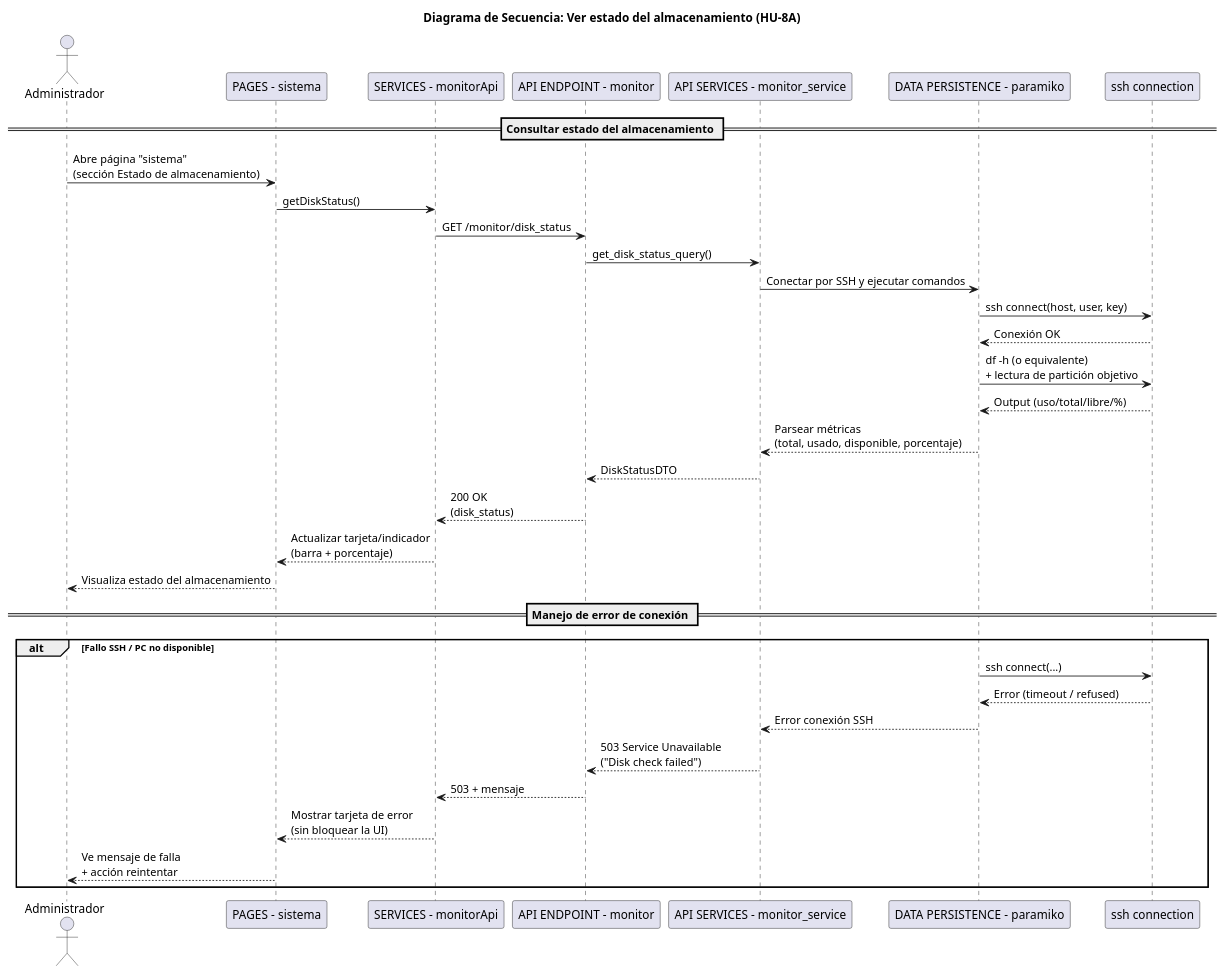
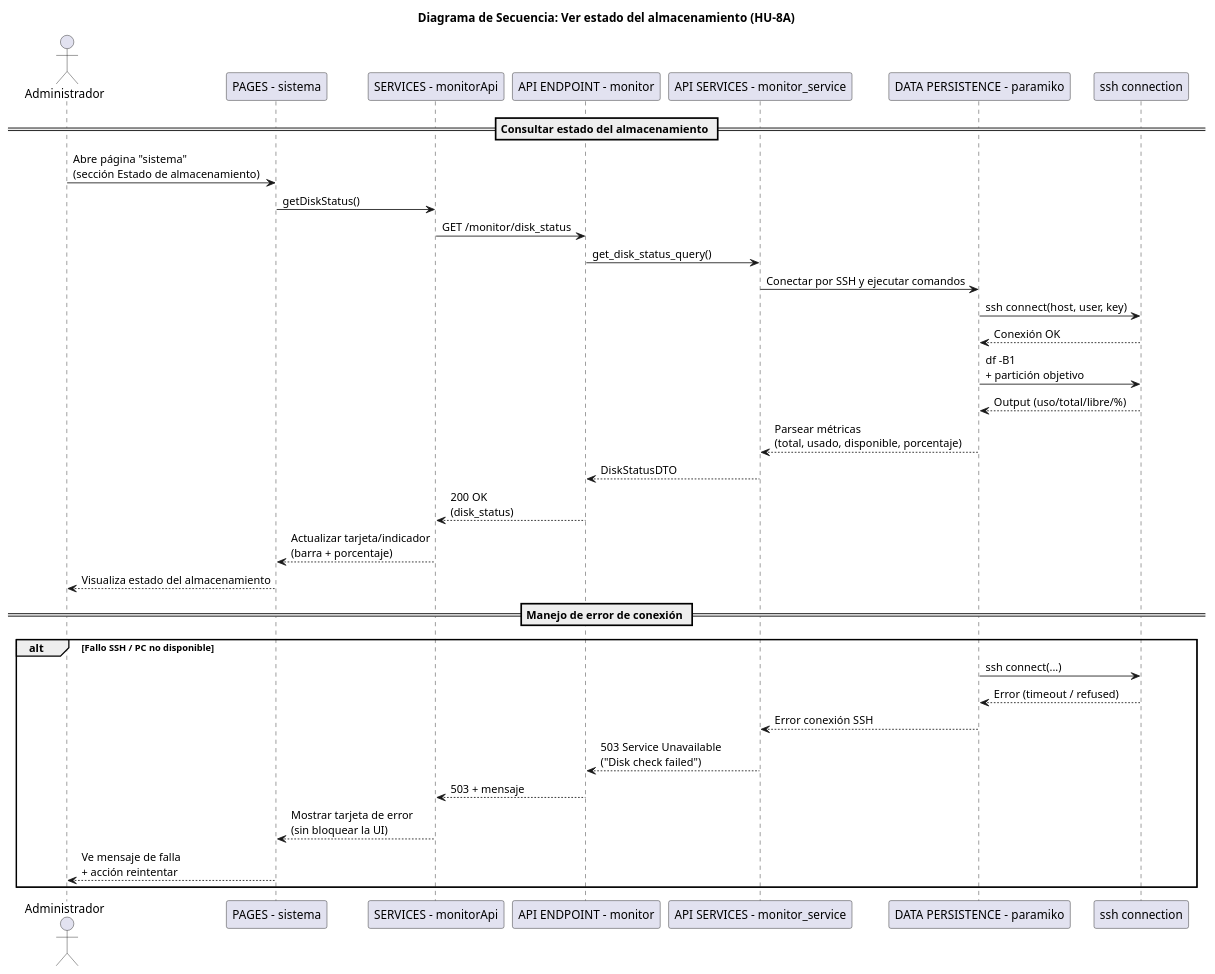
The diagram in docs/diagrama_secuencia/sprint3/HU-8A.wsd (Niik4466/SolarWeb), drawn with PlantUML before and after one commit. The commit also changed 5 other files, not shown here.

Commit message:
Revisados diagramas de secuencia

```diff
--- a/docs/diagrama_secuencia/sprint3/HU-8A.wsd
+++ b/docs/diagrama_secuencia/sprint3/HU-8A.wsd
@@ -1,44 +1,44 @@
 @startuml
 title Diagrama de Secuencia: Ver estado del almacenamiento (HU-8A)
 
 actor Administrador
 
 participant UI as "PAGES - sistema"
 participant FE_Service as "SERVICES - monitorApi"
 participant ENDPOINT as "API ENDPOINT - monitor"
 participant SERVICES as "API SERVICES - monitor_service"
 participant SSH as "DATA PERSISTENCE - paramiko"
 participant PC as "ssh connection"
 
 == Consultar estado del almacenamiento ==
 Administrador -> UI : Abre página "sistema"\n(sección Estado de almacenamiento)
 UI -> FE_Service : getDiskStatus()
 
 FE_Service -> ENDPOINT : GET /monitor/disk_status
 ENDPOINT -> SERVICES : get_disk_status_query()
 
 SERVICES -> SSH : Conectar por SSH y ejecutar comandos
 SSH -> PC : ssh connect(host, user, key)
 PC --> SSH : Conexión OK
 
-SSH -> PC : df -h (o equivalente)\n+ lectura de partición objetivo
+SSH -> PC : df -B1 \n+ partición objetivo
 PC --> SSH : Output (uso/total/libre/%)
 
 SSH --> SERVICES : Parsear métricas\n(total, usado, disponible, porcentaje)
 SERVICES --> ENDPOINT : DiskStatusDTO
 ENDPOINT --> FE_Service : 200 OK\n(disk_status)
 FE_Service --> UI : Actualizar tarjeta/indicador\n(barra + porcentaje)
 UI --> Administrador : Visualiza estado del almacenamiento
 
 == Manejo de error de conexión ==
 alt Fallo SSH / PC no disponible
   SSH -> PC : ssh connect(...)
   PC --> SSH : Error (timeout / refused)
   SSH --> SERVICES : Error conexión SSH
   SERVICES --> ENDPOINT : 503 Service Unavailable\n("Disk check failed")
   ENDPOINT --> FE_Service : 503 + mensaje
   FE_Service --> UI : Mostrar tarjeta de error\n(sin bloquear la UI)
   UI --> Administrador : Ve mensaje de falla\n+ acción reintentar
 end
 
 @enduml
```
